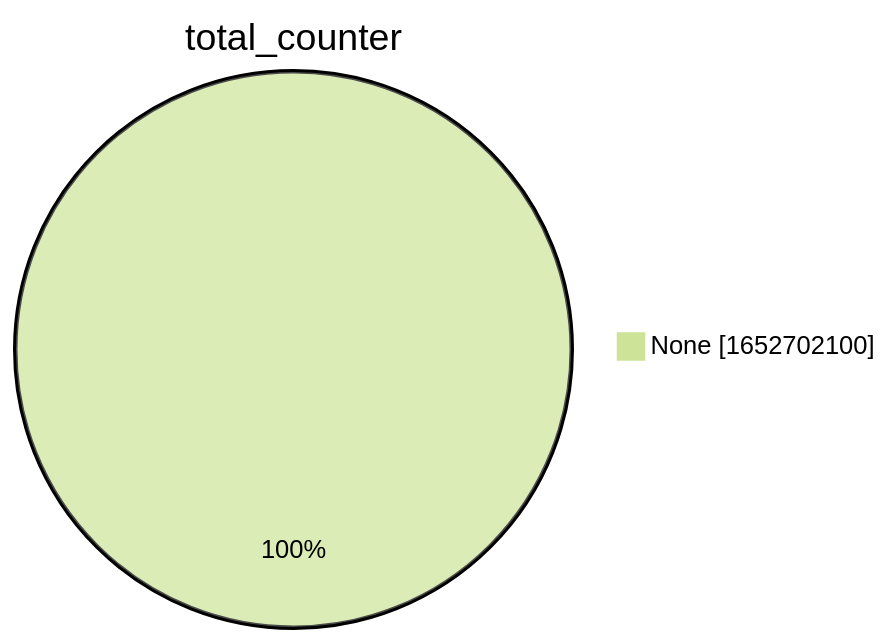
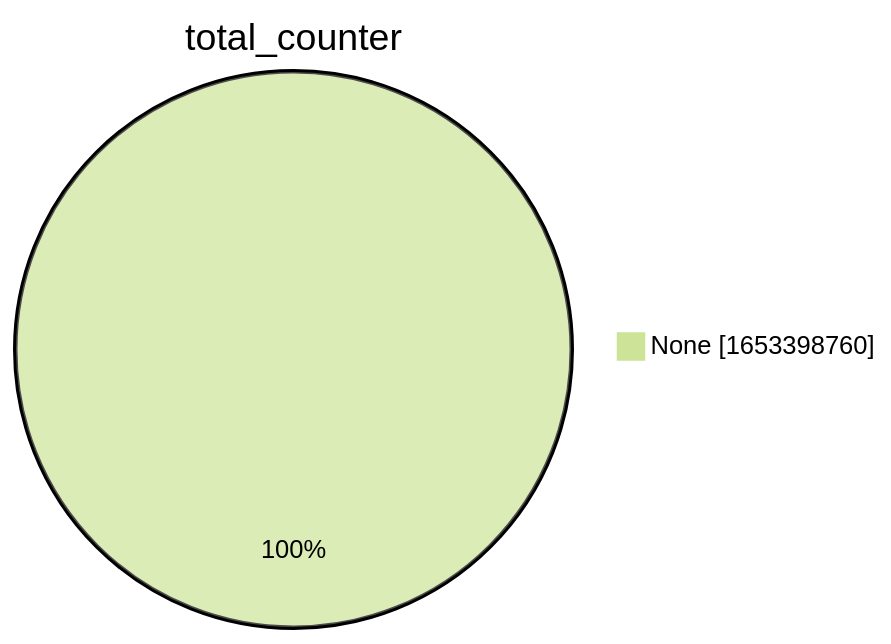
One commit to christiankrug/ctmonitor_visualization changed the second of 15 diagrams in xenon2022/README.md. Above: the diagram before and after it, drawn with Mermaid (forest theme). The commit also changed other lines of this file, not shown here.

````diff
--- a/xenon2022/README.md
+++ b/xenon2022/README.md
@@ -9,5 +9,5 @@
 ```mermaid
 pie showData
 title total_counter
-"None" :1652702100
+"None" :1653398760
 ```
````
